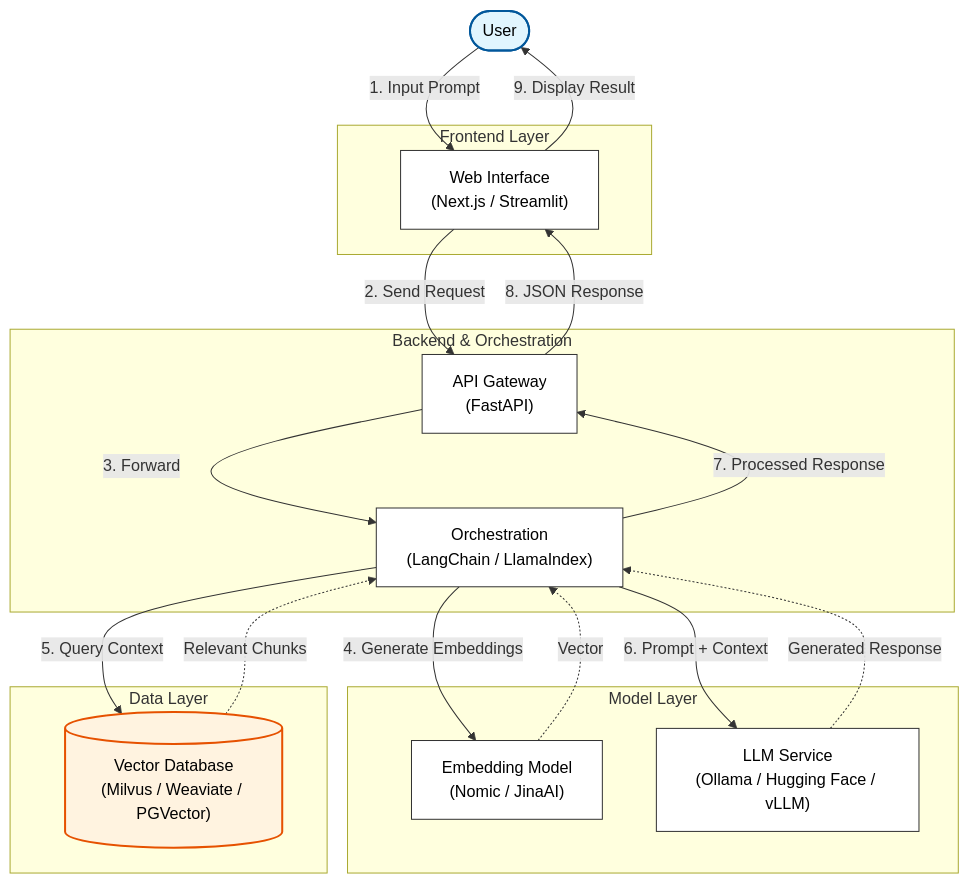
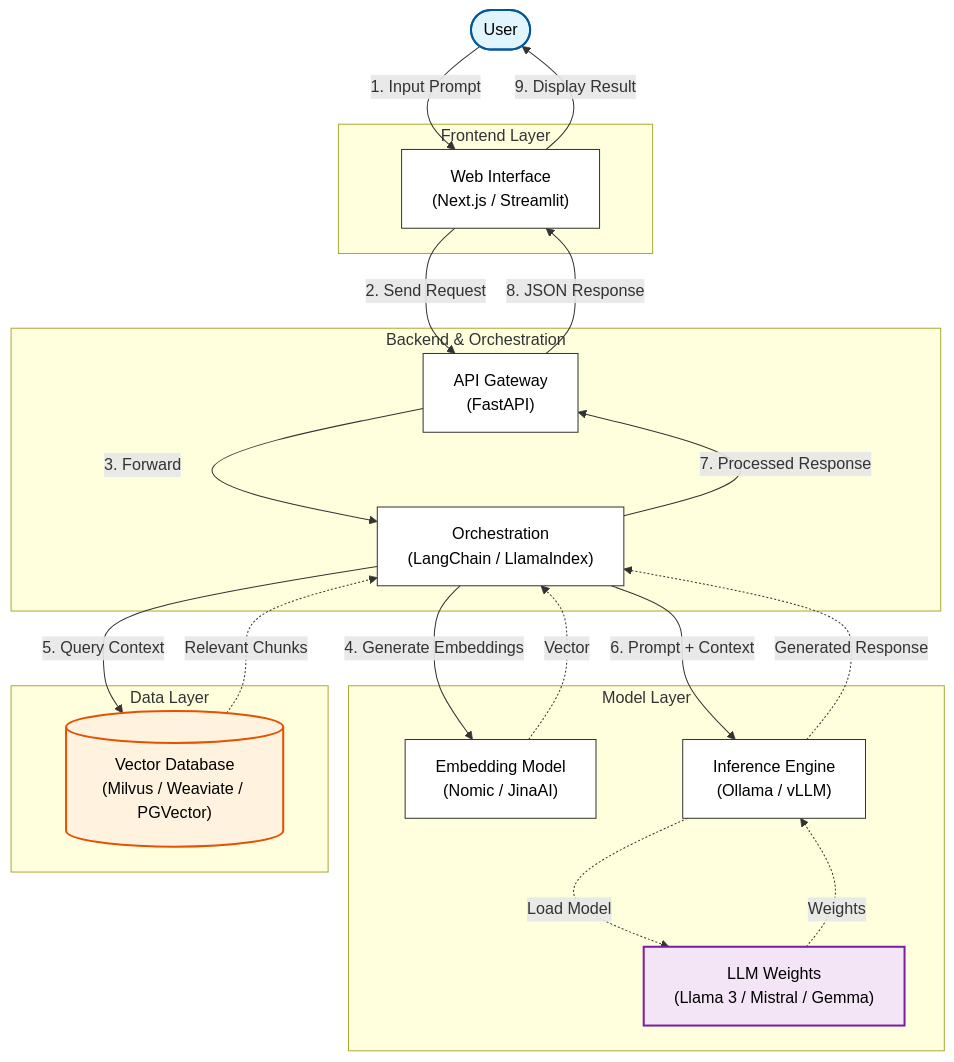
One commit to risyam/oss-ai-security-blueprint changed the diagram in docs/reference-architecture/data-flow.md. Above: the diagram before and after it, drawn with Mermaid. The commit also changed 1 other file, not shown here.

Commit message:
Replaced the file

````diff
--- a/docs/reference-architecture/data-flow.md
+++ b/docs/reference-architecture/data-flow.md
@@ -5,50 +5,55 @@
 ```mermaid
 graph TD
     %% Nodes
     User([User])
     
     subgraph Frontend ["Frontend Layer"]
         UI["Web Interface<br/>(Next.js / Streamlit)"]
     end
     
     subgraph Backend ["Backend & Orchestration"]
         API["API Gateway<br/>(FastAPI)"]
         Orchestrator["Orchestration<br/>(LangChain / LlamaIndex)"]
     end
     
     subgraph Models ["Model Layer"]
         EmbedModel["Embedding Model<br/>(Nomic / JinaAI)"]
-        LLM["LLM Service<br/>(Ollama / Hugging Face / vLLM)"]
+        Inference["Inference Engine<br/>(Ollama / vLLM)"]
+        LLM["LLM Weights<br/>(Llama 3 / Mistral / Gemma)"]
     end
     
     subgraph Data ["Data Layer"]
         VectorDB[("Vector Database<br/>(Milvus / Weaviate / PGVector)")]
     end
 
     %% Data Flow
     User -->|1. Input Prompt| UI
     UI -->|2. Send Request| API
     API -->|3. Forward| Orchestrator
     
     Orchestrator -->|4. Generate Embeddings| EmbedModel
     EmbedModel -.->|Vector| Orchestrator
     
     Orchestrator -->|5. Query Context| VectorDB
     VectorDB -.->|Relevant Chunks| Orchestrator
     
-    Orchestrator -->|6. Prompt + Context| LLM
-    LLM -.->|Generated Response| Orchestrator
+    Orchestrator -->|6. Prompt + Context| Inference
+    Inference -.->|Load Model| LLM
+    LLM -.->|Weights| Inference
+    Inference -.->|Generated Response| Orchestrator
     
     Orchestrator -->|7. Processed Response| API
     API -->|8. JSON Response| UI
     UI -->|9. Display Result| User
 
     %% Styling
     classDef plain fill:#fff,stroke:#333,stroke-width:1px,color:#000;
     classDef highlight fill:#e1f5fe,stroke:#01579b,stroke-width:2px,color:#000;
     classDef database fill:#fff3e0,stroke:#e65100,stroke-width:2px,color:#000;
+    classDef model fill:#f3e5f5,stroke:#7b1fa2,stroke-width:2px,color:#000;
     
-    class UI,API,Orchestrator,EmbedModel,LLM plain;
+    class UI,API,Orchestrator,EmbedModel,Inference plain;
     class VectorDB database;
     class User highlight;
+    class LLM model;
 ```
````
